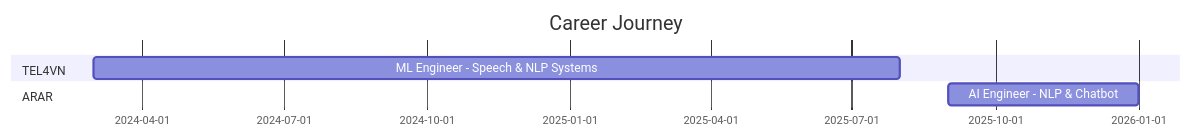
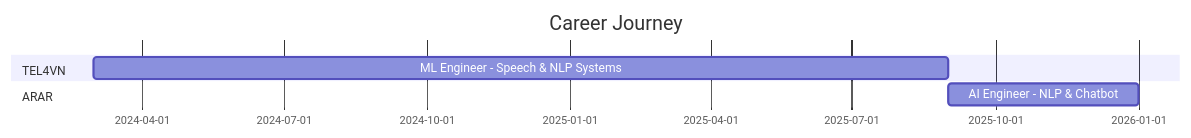
Before and after one commit to iamdinhthuan/iamdinhthuan: the diagram in README.md, drawn with Mermaid. The commit also changed other lines of this file, not shown here.

````diff
--- a/README.md
+++ b/README.md
@@ -102,9 +100,9 @@
 ```mermaid
 gantt
     title Career Journey
     dateFormat  YYYY-MM
     section TEL4VN
-    ML Engineer - Speech & NLP Systems    :2024-03, 2025-08
+    ML Engineer - Speech & NLP Systems    :2024-03, 2025-09
     section ARAR
     AI Engineer - NLP & Chatbot           :2025-09, 2026-01
 ```
````
